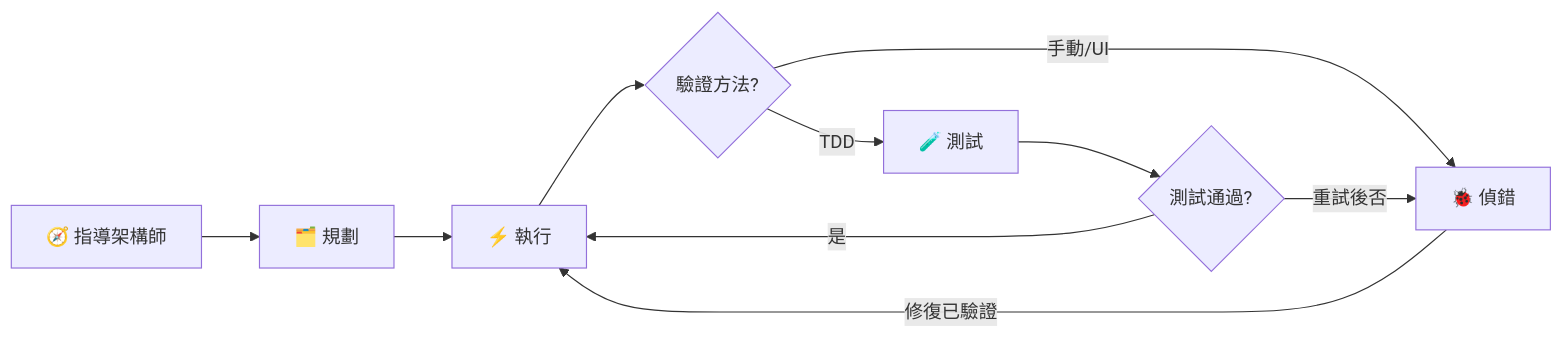
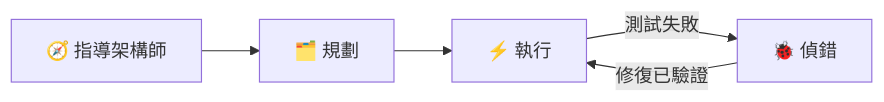
Before and after one commit to jackyko1991/Spec-Driven-Development: the diagram in README.zh-Hant.md, drawn with Mermaid. The commit also changed other lines of this file and 7 other files, not shown here.

````diff
--- a/README.zh-Hant.md
+++ b/README.zh-Hant.md
@@ -36,12 +34,7 @@
 ```mermaid
 graph LR
     A[🧭 指導架構師] --> B[🗂️ 規劃];
     B --> C[⚡ 執行];
-    C --> D{驗證方法?};
-    D -- TDD --> E[🧪 測試];
-    D -- 手動/UI --> F[🐞 偵錯];
-    E --> G{測試通過?};
-    G -- 是 --> C;
-    G -- 重試後否 --> F;
-    F -- 修復已驗證 --> C;
+    C -- 測試失敗 --> D[🐞 偵錯];
+    D -- 修復已驗證 --> C;
 ```
````
